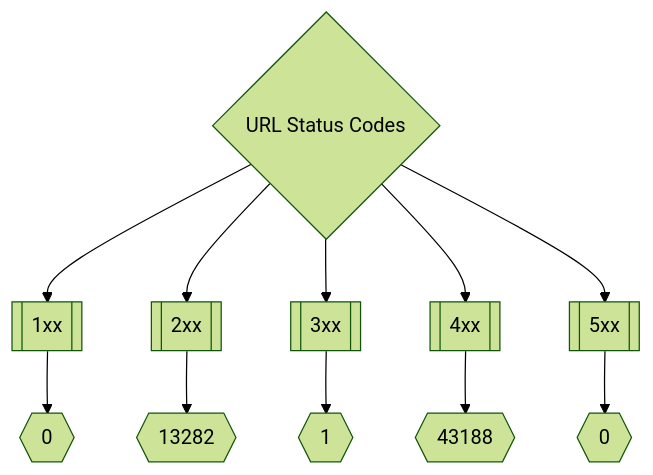
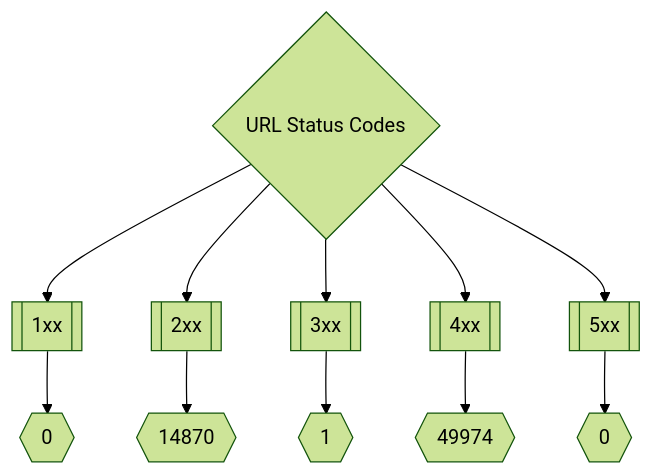
The second of 3 diagrams in README.md (trickest/inventory), drawn with Mermaid (forest theme) before and after one commit. The commit also changed other lines of this file, not shown here.

Commit message:
Update Wed Mar  9 22:31:37 UTC 2022

````diff
--- a/README.md
+++ b/README.md
@@ -173,8 +173,8 @@
 ```mermaid
 graph TD
 title{URL Status Codes} --> 1xx[[1xx]] --> status1xxNum{{0}}
-title --> 2xx[[2xx]] --> status2xxNum{{13282}}
+title --> 2xx[[2xx]] --> status2xxNum{{14870}}
 title --> 3xx[[3xx]] --> status3xxNum{{1}}
-title --> 4xx[[4xx]] --> status4xxNum{{43188}}
+title --> 4xx[[4xx]] --> status4xxNum{{49974}}
 title --> 5xx[[5xx]] --> status5xxNum{{0}}
 ```
````
